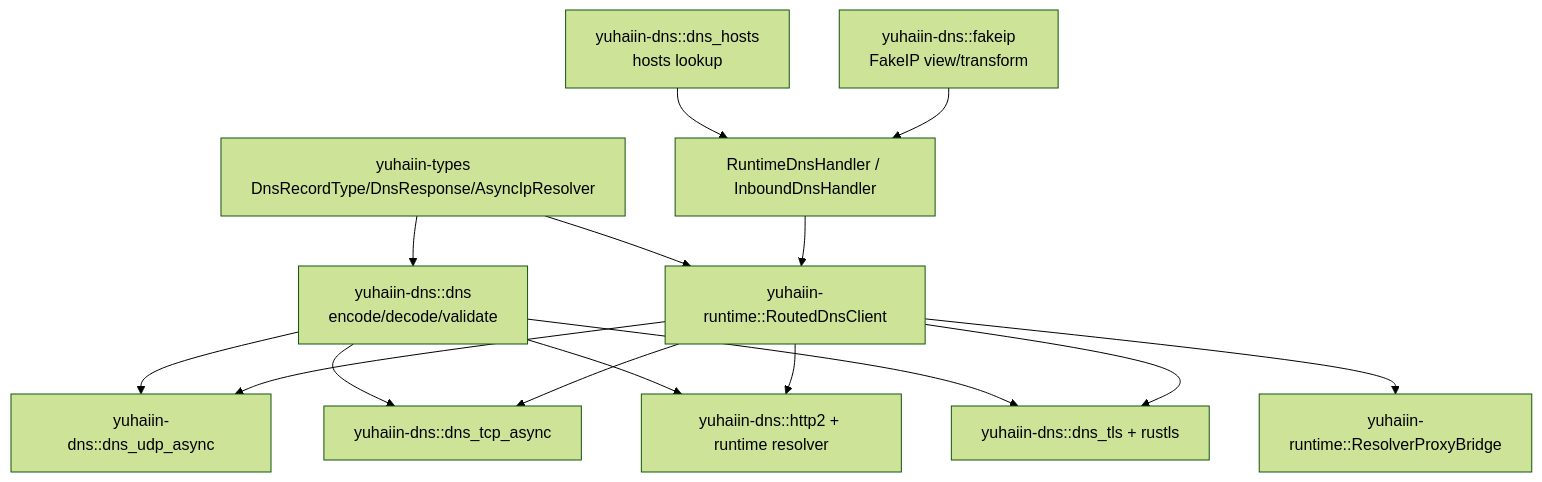
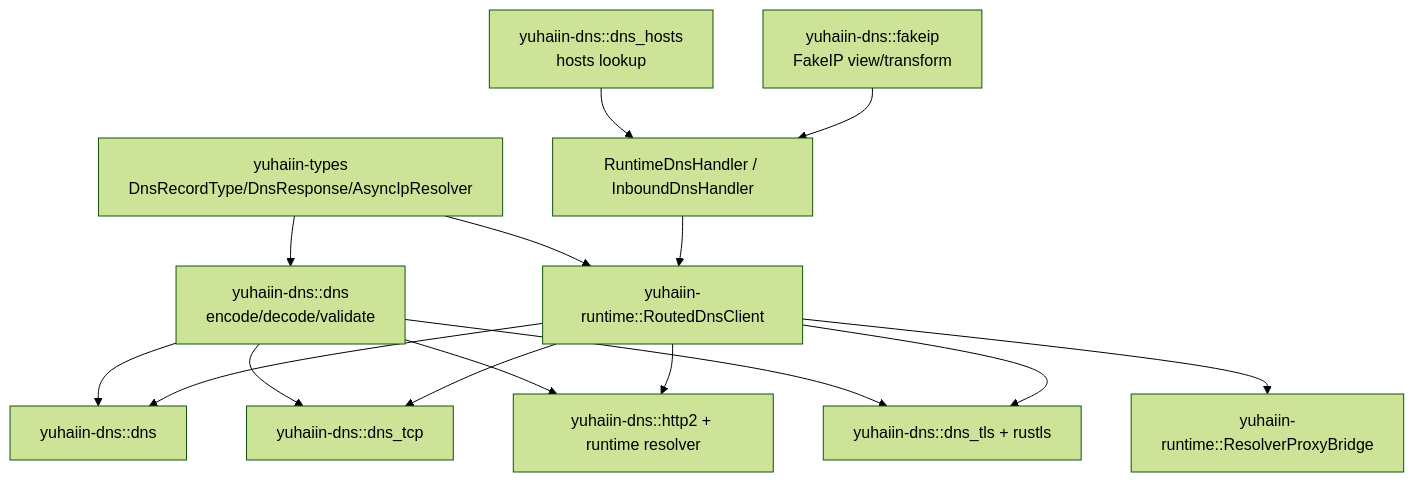
The eighth of 18 diagrams in docs/ARCHITECTURE.md (yuhaiin/doradus), drawn with Mermaid (forest theme) before and after one commit. The commit also changed other lines of this file and 43 other files, not shown here.

````diff
--- a/docs/ARCHITECTURE.md
+++ b/docs/ARCHITECTURE.md
@@ -447,29 +466,29 @@
 ```mermaid
 flowchart TD
     CONTRACT[yuhaiin-types<br/>DnsRecordType/DnsResponse/AsyncIpResolver]
     WIRE[yuhaiin-dns::dns<br/>encode/decode/validate]
     HOSTS[yuhaiin-dns::dns_hosts<br/>hosts lookup]
     FAKE[yuhaiin-dns::fakeip<br/>FakeIP view/transform]
-    UDP[yuhaiin-dns::dns_udp_async]
-    TCP[yuhaiin-dns::dns_tcp_async]
+    UDP[yuhaiin-dns::dns]
+    TCP[yuhaiin-dns::dns_tcp]
     DOH[yuhaiin-dns::http2 + runtime resolver]
     DOT[yuhaiin-dns::dns_tls + rustls]
     ROUTED[yuhaiin-runtime::RoutedDnsClient]
     BRIDGE[yuhaiin-runtime::ResolverProxyBridge]
     HANDLER[RuntimeDnsHandler / InboundDnsHandler]
 
     CONTRACT --> WIRE
     CONTRACT --> ROUTED
     WIRE --> UDP
     WIRE --> TCP
     WIRE --> DOH
     WIRE --> DOT
     HOSTS --> HANDLER
     FAKE --> HANDLER
     ROUTED --> UDP
     ROUTED --> TCP
     ROUTED --> DOH
     ROUTED --> DOT
     ROUTED --> BRIDGE
     HANDLER --> ROUTED
 ```
````
